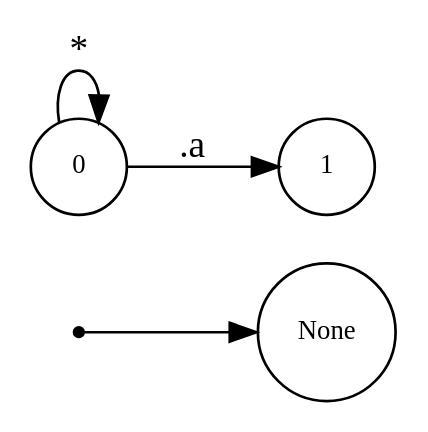
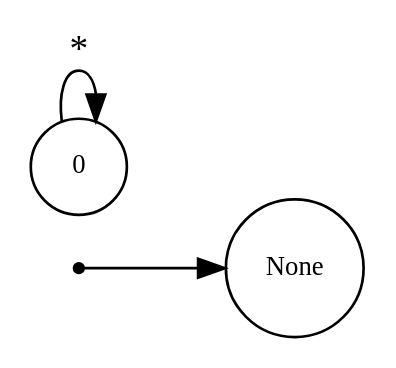
One commit to asukaminato0721/css-bitvector-compiler changed the diagram in css-gen-op/a_to_b/dot_quad.dot. Above: the diagram before and after it, drawn with Graphviz. The commit also changed 107 other files, not shown here.

```diff
--- a/css-gen-op/a_to_b/dot_quad.dot
+++ b/css-gen-op/a_to_b/dot_quad.dot
@@ -1,11 +1,8 @@
 digraph NFA {
   rankdir=LR;
   node [shape=circle, fontsize=10];
   __start [shape=point, label=""];
   __start -> None;
   0 [label="0"];
-  1 [label="1"];
-  { node [shape=doublecircle]; 1 }
   0 -> 0 [label="*"];
-  0 -> 1 [label=".a"];
 }
```
